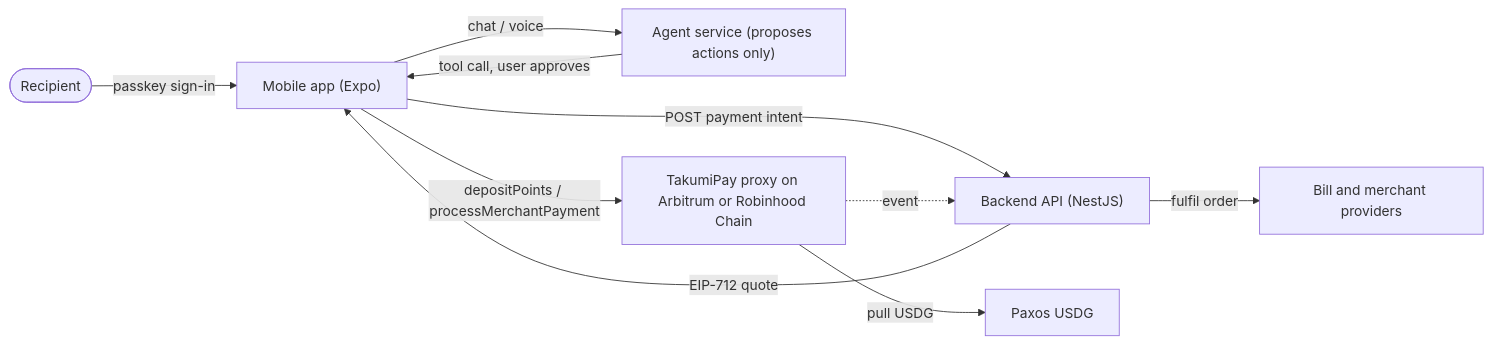
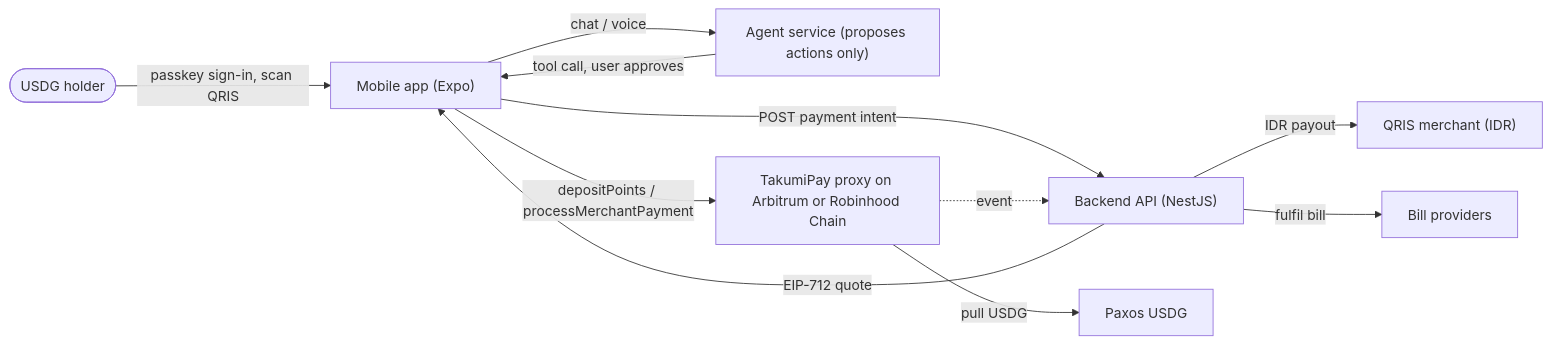
Before and after one commit to Planckify-Labs/arbitrum-submission: the diagram in README.md, drawn with Mermaid. The commit also changed other lines of this file and 2 other files, not shown here.

Commit message:
docs: USDG-to-QRIS narrative and test merchant QR for judges

````diff
--- a/README.md
+++ b/README.md
@@ -220,12 +245,13 @@
 ```mermaid
 flowchart LR
-    User(["Recipient"]) -->|"passkey sign-in"| App["Mobile app (Expo)"]
+    User(["USDG holder"]) -->|"passkey sign-in, scan QRIS"| App["Mobile app (Expo)"]
     App -->|"chat / voice"| Agent["Agent service (proposes actions only)"]
     Agent -->|"tool call, user approves"| App
     App -->|"POST payment intent"| API["Backend API (NestJS)"]
     API -->|"EIP-712 quote"| App
     App -->|"depositPoints / processMerchantPayment"| Chain["TakumiPay proxy on Arbitrum or Robinhood Chain"]
     Chain -->|"pull USDG"| USDG["Paxos USDG"]
     Chain -.->|"event"| API
-    API -->|"fulfil order"| Providers["Bill and merchant providers"]
+    API -->|"IDR payout"| QRIS["QRIS merchant (IDR)"]
+    API -->|"fulfil bill"| Providers["Bill providers"]
 ```
````
